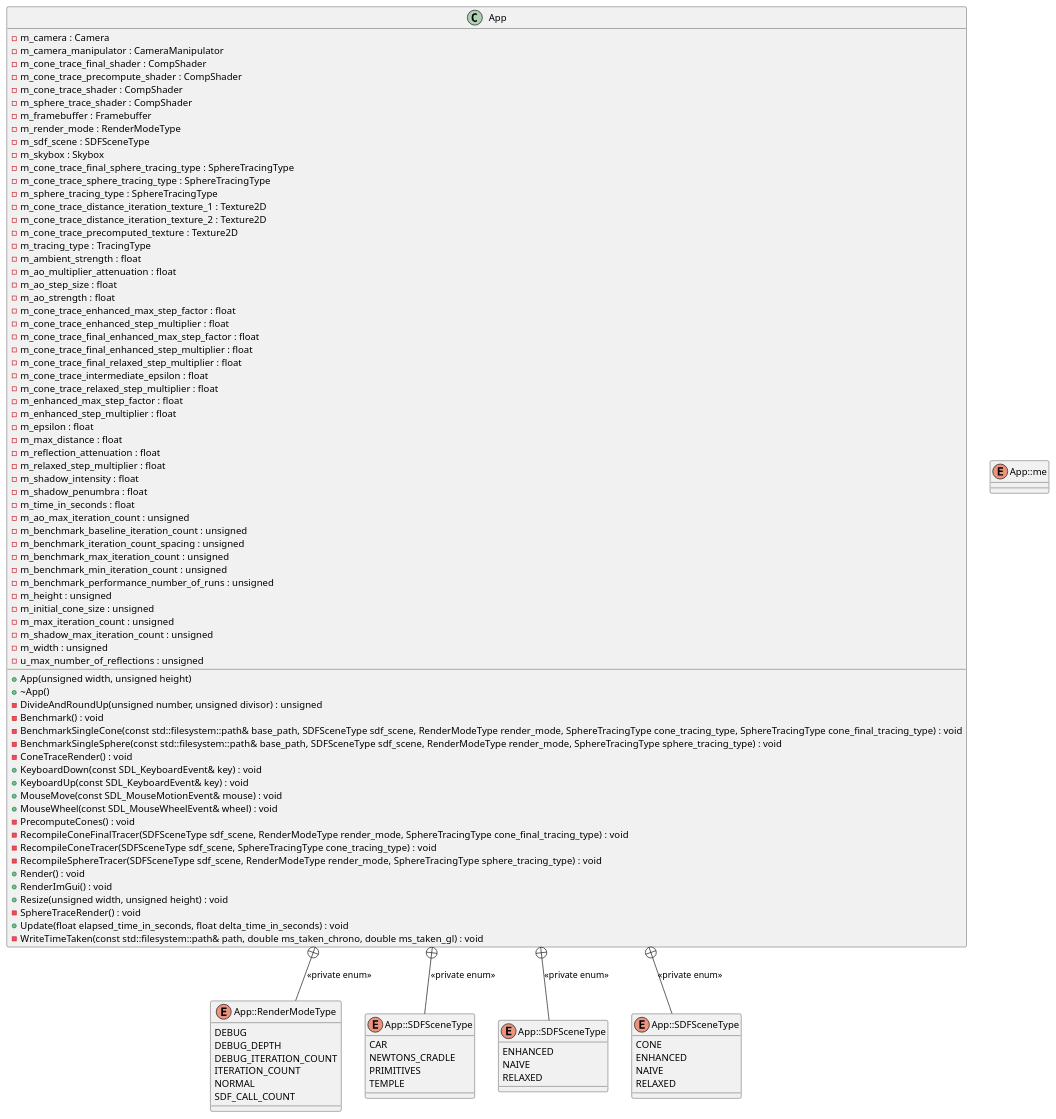
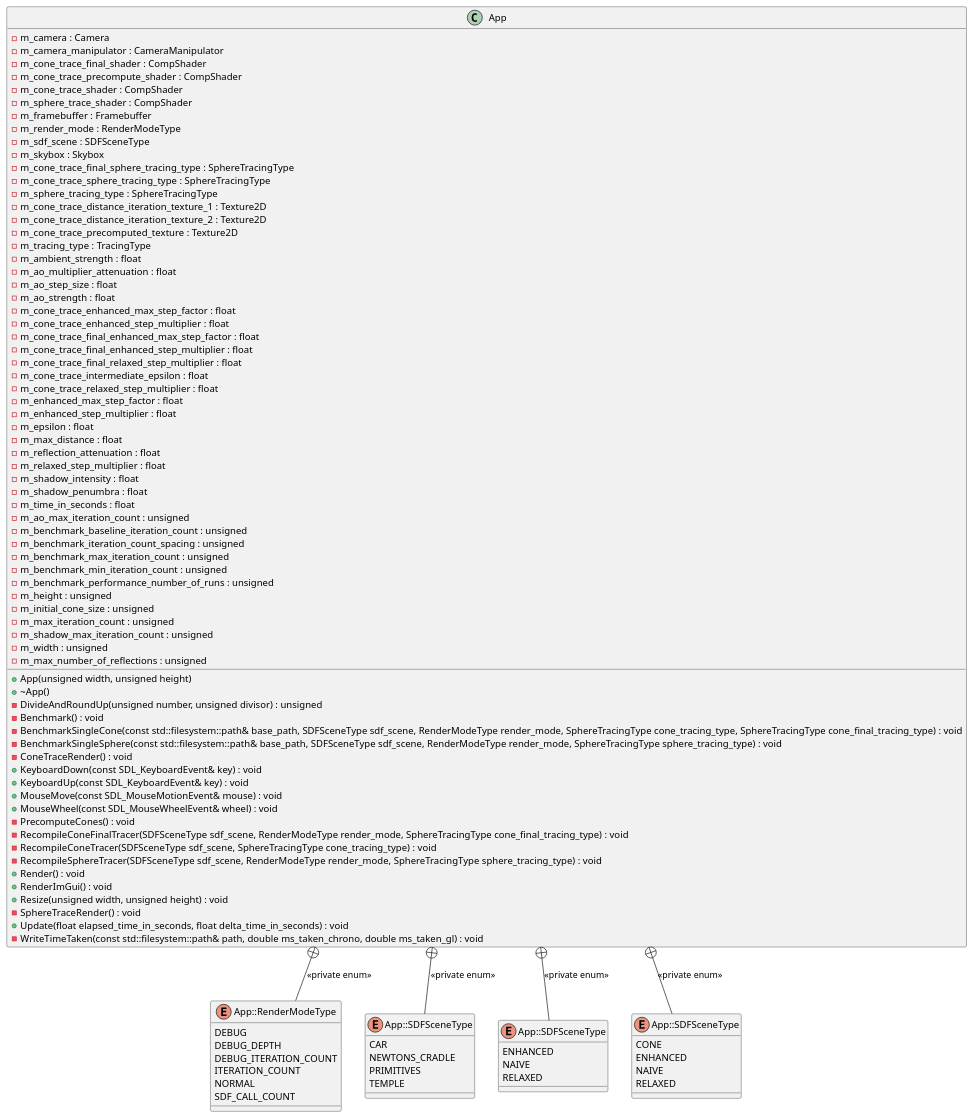
One commit to monkeysoop/szakdoga changed the diagram in docs/plantuml/App_class_diagram.puml. Above: the diagram before and after it, drawn with PlantUML. The commit also changed 12 other files, not shown here.

Commit message:
fix naming of private member in App.hpp, added images of the uml diagrams, updated the dolgozat.docx file

```diff
--- a/docs/plantuml/App_class_diagram.puml
+++ b/docs/plantuml/App_class_diagram.puml
@@ -1,119 +1,117 @@
 @startuml
 
 
 
 class App {
 	+App(unsigned width, unsigned height)
 	+~App()
 	-m_camera : Camera
 	-m_camera_manipulator : CameraManipulator
 	-m_cone_trace_final_shader : CompShader
 	-m_cone_trace_precompute_shader : CompShader
 	-m_cone_trace_shader : CompShader
 	-m_sphere_trace_shader : CompShader
 	-m_framebuffer : Framebuffer
 	-m_render_mode : RenderModeType
 	-m_sdf_scene : SDFSceneType
 	-m_skybox : Skybox
 	-m_cone_trace_final_sphere_tracing_type : SphereTracingType
 	-m_cone_trace_sphere_tracing_type : SphereTracingType
 	-m_sphere_tracing_type : SphereTracingType
 	-m_cone_trace_distance_iteration_texture_1 : Texture2D
 	-m_cone_trace_distance_iteration_texture_2 : Texture2D
 	-m_cone_trace_precomputed_texture : Texture2D
 	-m_tracing_type : TracingType
 	-m_ambient_strength : float
 	-m_ao_multiplier_attenuation : float
 	-m_ao_step_size : float
 	-m_ao_strength : float
 	-m_cone_trace_enhanced_max_step_factor : float
 	-m_cone_trace_enhanced_step_multiplier : float
 	-m_cone_trace_final_enhanced_max_step_factor : float
 	-m_cone_trace_final_enhanced_step_multiplier : float
 	-m_cone_trace_final_relaxed_step_multiplier : float
 	-m_cone_trace_intermediate_epsilon : float
 	-m_cone_trace_relaxed_step_multiplier : float
 	-m_enhanced_max_step_factor : float
 	-m_enhanced_step_multiplier : float
 	-m_epsilon : float
 	-m_max_distance : float
 	-m_reflection_attenuation : float
 	-m_relaxed_step_multiplier : float
 	-m_shadow_intensity : float
 	-m_shadow_penumbra : float
 	-m_time_in_seconds : float
 	-DivideAndRoundUp(unsigned number, unsigned divisor) : unsigned
 	-m_ao_max_iteration_count : unsigned
 	-m_benchmark_baseline_iteration_count : unsigned
 	-m_benchmark_iteration_count_spacing : unsigned
 	-m_benchmark_max_iteration_count : unsigned
 	-m_benchmark_min_iteration_count : unsigned
 	-m_benchmark_performance_number_of_runs : unsigned
 	-m_height : unsigned
 	-m_initial_cone_size : unsigned
 	-m_max_iteration_count : unsigned
 	-m_shadow_max_iteration_count : unsigned
 	-m_width : unsigned
-	-u_max_number_of_reflections : unsigned
+	-m_max_number_of_reflections : unsigned
 	-Benchmark() : void
 	-BenchmarkSingleCone(const std::filesystem::path& base_path, SDFSceneType sdf_scene, RenderModeType render_mode, SphereTracingType cone_tracing_type, SphereTracingType cone_final_tracing_type) : void
 	-BenchmarkSingleSphere(const std::filesystem::path& base_path, SDFSceneType sdf_scene, RenderModeType render_mode, SphereTracingType sphere_tracing_type) : void
 	-ConeTraceRender() : void
 	+KeyboardDown(const SDL_KeyboardEvent& key) : void
 	+KeyboardUp(const SDL_KeyboardEvent& key) : void
 	+MouseMove(const SDL_MouseMotionEvent& mouse) : void
 	+MouseWheel(const SDL_MouseWheelEvent& wheel) : void
 	-PrecomputeCones() : void
 	-RecompileConeFinalTracer(SDFSceneType sdf_scene, RenderModeType render_mode, SphereTracingType cone_final_tracing_type) : void
 	-RecompileConeTracer(SDFSceneType sdf_scene, SphereTracingType cone_tracing_type) : void
 	-RecompileSphereTracer(SDFSceneType sdf_scene, RenderModeType render_mode, SphereTracingType sphere_tracing_type) : void
 	+Render() : void
 	+RenderImGui() : void
 	+Resize(unsigned width, unsigned height) : void
 	-SphereTraceRender() : void
 	+Update(float elapsed_time_in_seconds, float delta_time_in_seconds) : void
 	-WriteTimeTaken(const std::filesystem::path& path, double ms_taken_chrono, double ms_taken_gl) : void
 }
 
 enum "App::RenderModeType" as RenderModeType {
 	DEBUG
 	DEBUG_DEPTH
 	DEBUG_ITERATION_COUNT
 	ITERATION_COUNT
 	NORMAL
 	SDF_CALL_COUNT
 }
-
-enum App::me {}
 
 enum "App::SDFSceneType" as SDFSceneType {
 	CAR
 	NEWTONS_CRADLE
 	PRIMITIVES
 	TEMPLE
 }
 
 enum "App::SDFSceneType" as SphereTracingType {
 	ENHANCED
 	NAIVE
 	RELAXED
 }
 
 enum "App::SDFSceneType" as TracingType {
 	CONE
 	ENHANCED
 	NAIVE
 	RELAXED
 }
 
 App +-- RenderModeType : <<private enum>>
 
 App +-- SDFSceneType : <<private enum>>
 
 App +-- SphereTracingType : <<private enum>>
 
 App +-- TracingType : <<private enum>>
 
 
 
 @enduml
```
